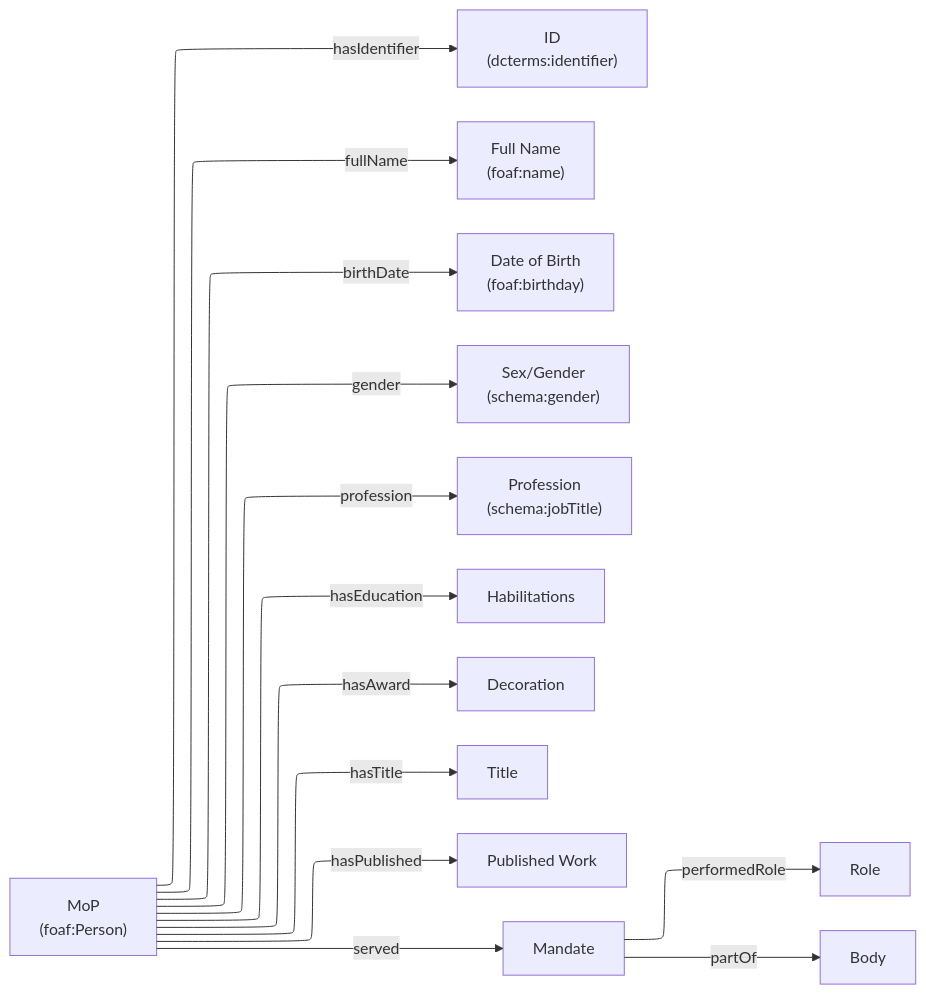
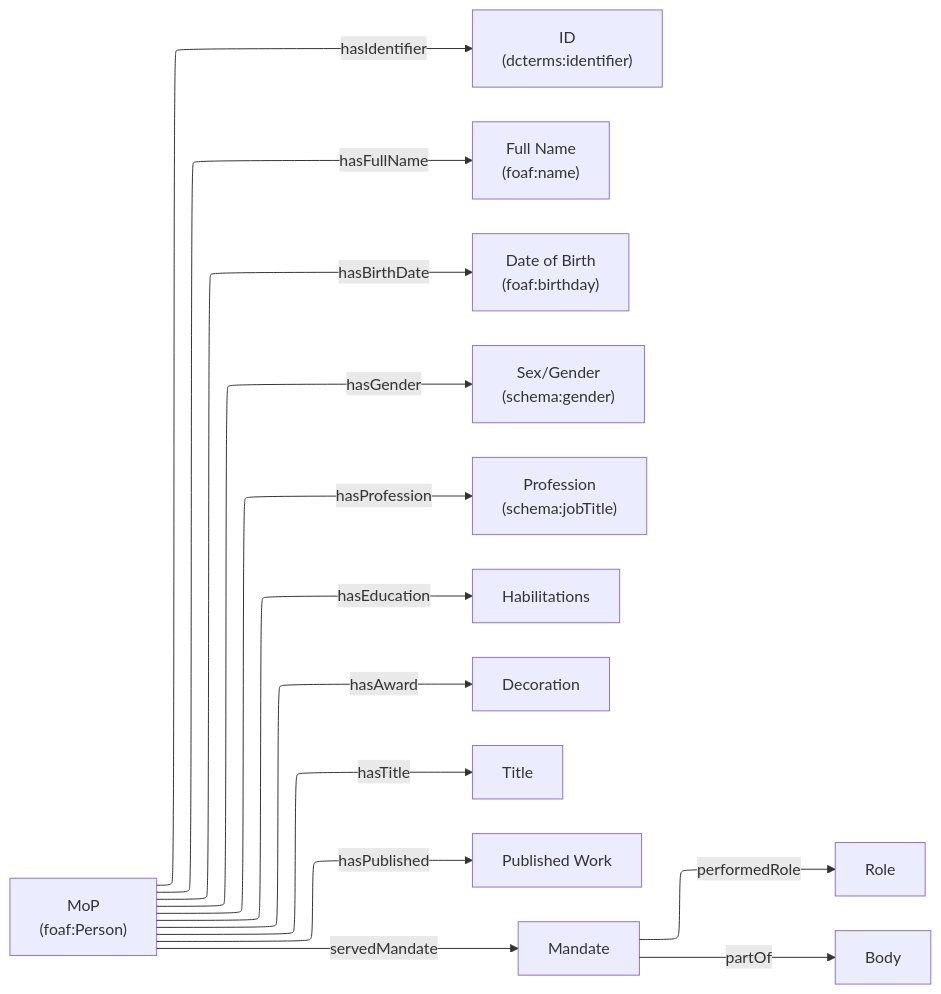
Before and after one commit to Kaankzlyar/orwell-generalized: the diagram in docs/registobiografico/diagrams/mop.mermaid, drawn with Mermaid. The commit also changed 1 other file, not shown here.

Commit message:
refactor: update relationships in MoP diagram and improve naming consistency

```diff
--- a/docs/registobiografico/diagrams/mop.mermaid
+++ b/docs/registobiografico/diagrams/mop.mermaid
@@ -1,17 +1,17 @@
 ---
 config:
   layout: elk
 ---
 flowchart LR
     Person["MoP<br>(foaf:Person)"] -- hasIdentifier --> pid["ID<br>(dcterms:identifier)"]
-    Person -- fullName --> name["Full Name<br>(foaf:name)"]
-    Person -- birthDate --> dob["Date of Birth<br>(foaf:birthday)"]
-    Person -- gender --> gender["Sex/Gender<br>(schema:gender)"]
-    Person -- profession --> prof["Profession<br/>(schema:jobTitle)"]
+    Person -- hasFullName --> name["Full Name<br>(foaf:name)"]
+    Person -- hasBirthDate --> dob["Date of Birth<br>(foaf:birthday)"]
+    Person -- hasGender --> gender["Sex/Gender<br>(schema:gender)"]
+    Person -- hasProfession --> prof["Profession<br/>(schema:jobTitle)"]
     Person -- hasEducation --> Edu["Habilitations"]
     Person -- hasAward --> Award["Decoration"]
     Person -- hasTitle --> Title["Title"]
     Person -- hasPublished --> Work["Published Work"]
-    Person -- served --> Mandate["Mandate"]
+    Person -- servedMandate --> Mandate["Mandate"]
     Mandate -- performedRole --> Role["Role"]
     Mandate -- partOf --> Body["Body"]
```
